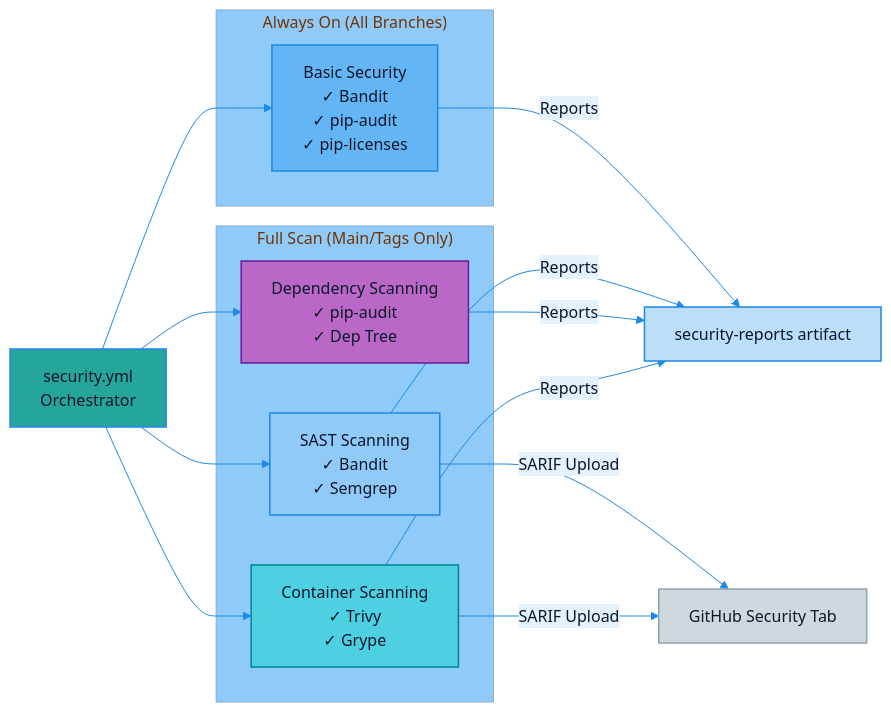
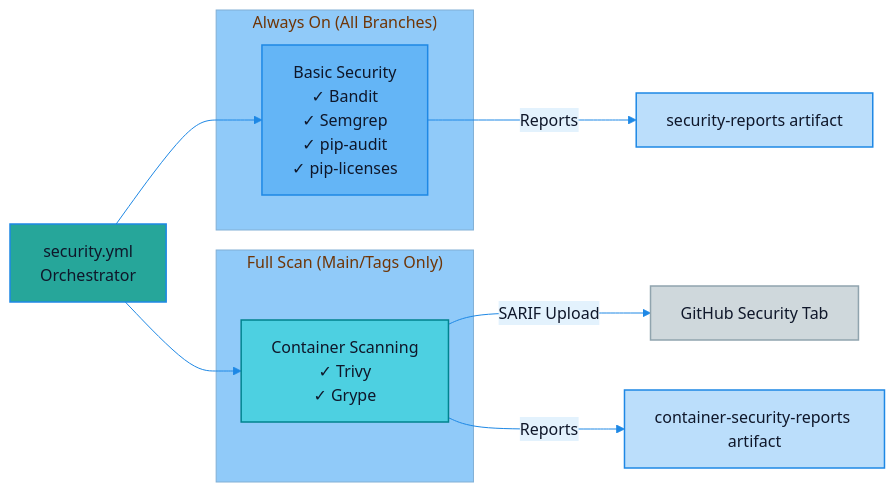
Before and after one commit to jim-wyatt/msn-weather-wrapper: the fourth of 4 diagrams in docs/WORKFLOW_DIAGRAM.md, drawn with Mermaid. The commit also changed other lines of this file and 32 other files, not shown here.

````diff
--- a/docs/WORKFLOW_DIAGRAM.md
+++ b/docs/WORKFLOW_DIAGRAM.md
@@ -198,36 +197,28 @@
 ```mermaid
 %%{init: {'theme': 'base', 'themeVariables': {'primaryColor': '#E3F2FD', 'primaryTextColor': '#0F172A', 'primaryBorderColor': '#1E88E5', 'lineColor': '#1E88E5', 'secondaryColor': '#BBDEFB', 'tertiaryColor': '#90CAF9', 'edgeLabelBackground': '#E3F2FD'}}}%%
 graph LR
     SEC["security.yml<br/>Orchestrator"]
 
     subgraph "Always On (All Branches)"
-        BASIC["Basic Security<br/>✓ Bandit<br/>✓ pip-audit<br/>✓ pip-licenses"]
+        BASIC["Basic Security<br/>✓ Bandit<br/>✓ Semgrep<br/>✓ pip-audit<br/>✓ pip-licenses"]
     end
 
     subgraph "Full Scan (Main/Tags Only)"
-        SAST["SAST Scanning<br/>✓ Bandit<br/>✓ Semgrep"]
-        DEP["Dependency Scanning<br/>✓ pip-audit<br/>✓ Dep Tree"]
         CONT["Container Scanning<br/>✓ Trivy<br/>✓ Grype"]
     end
 
     SEC --> BASIC
-    SEC --> SAST
-    SEC --> DEP
     SEC --> CONT
 
-    SAST -->|SARIF Upload| GHSEC["GitHub Security Tab"]
-    CONT -->|SARIF Upload| GHSEC
+    CONT -->|SARIF Upload| GHSEC["GitHub Security Tab"]
     BASIC -->|Reports| REPORTS["security-reports artifact"]
-    SAST -->|Reports| REPORTS
-    DEP -->|Reports| REPORTS
-    CONT -->|Reports| REPORTS
+    CONT -->|Reports| REPORTS2["container-security-reports artifact"]
 
     %% Muted palette consistent with site blues
     style SEC fill:#26A69A,stroke:#1E88E5,stroke-width:1.5px,color:#0F172A
     style BASIC fill:#64B5F6,stroke:#1E88E5,stroke-width:1.5px,color:#0F172A
-    style SAST fill:#90CAF9,stroke:#1E88E5,stroke-width:1.5px,color:#0F172A
-    style DEP fill:#BA68C8,stroke:#6A1B9A,stroke-width:1.5px,color:#0F172A
     style CONT fill:#4DD0E1,stroke:#00838F,stroke-width:1.5px,color:#0F172A
     style GHSEC fill:#CFD8DC,stroke:#90A4AE,stroke-width:1.5px,color:#0F172A
     style REPORTS fill:#BBDEFB,stroke:#1E88E5,stroke-width:1.5px,color:#0F172A
+    style REPORTS2 fill:#BBDEFB,stroke:#1E88E5,stroke-width:1.5px,color:#0F172A
 ```
````
